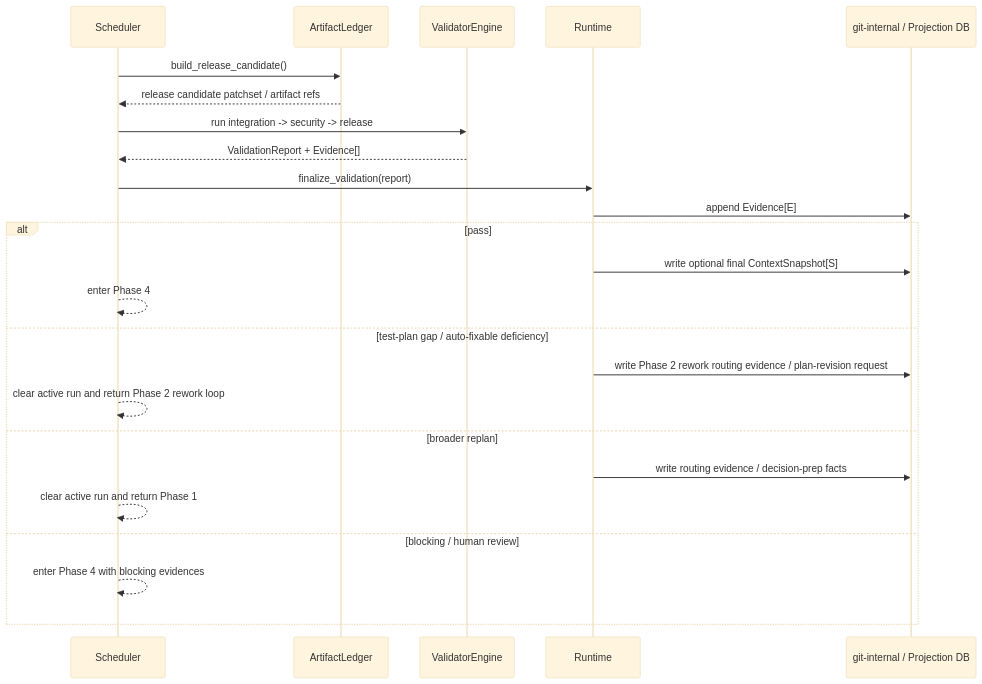
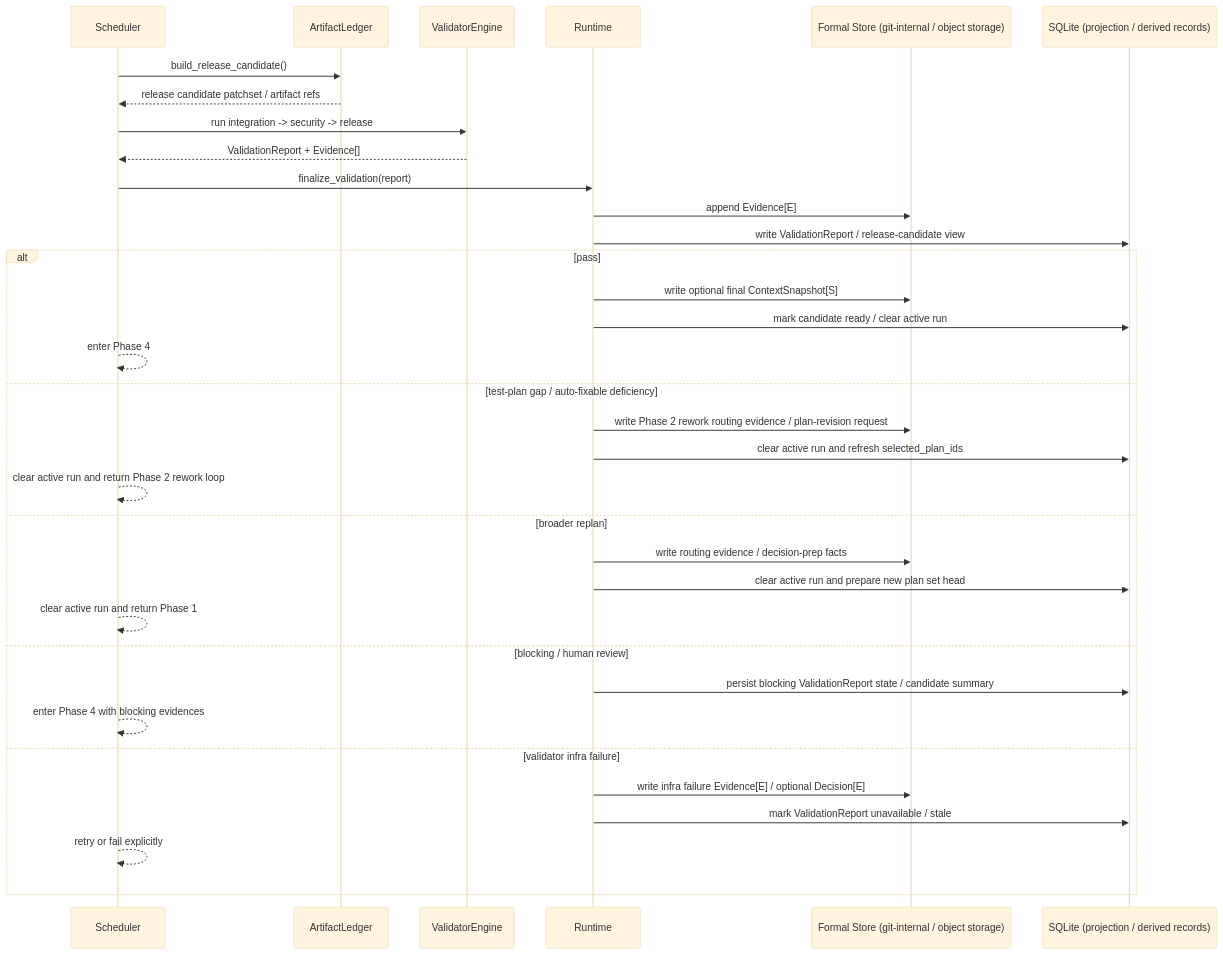
One commit to web3infra-foundation/libra changed the tenth of 13 diagrams in docs/improvement/code.md. Above: the diagram before and after it, drawn with Mermaid (base theme). The commit also changed other lines of this file and 4 other files, not shown here.

````diff
--- a/docs/improvement/code.md
+++ b/docs/improvement/code.md
@@ -591,28 +1112,38 @@
 ```mermaid
 sequenceDiagram
     participant S as Scheduler
     participant A as ArtifactLedger
     participant V as ValidatorEngine
     participant R as Runtime
-    participant O as git-internal / Projection DB
+    participant F as Formal Store (git-internal / object storage)
+    participant Q as SQLite (projection / derived records)
 
     S->>A: build_release_candidate()
     A-->>S: release candidate patchset / artifact refs
     S->>V: run integration -> security -> release
     V-->>S: ValidationReport + Evidence[]
     S->>R: finalize_validation(report)
-    R->>O: append Evidence[E]
+    R->>F: append Evidence[E]
+    R->>Q: write ValidationReport / release-candidate view
 
     alt pass
-        R->>O: write optional final ContextSnapshot[S]
+        R->>F: write optional final ContextSnapshot[S]
+        R->>Q: mark candidate ready / clear active run
         S-->>S: enter Phase 4
     else test-plan gap / auto-fixable deficiency
-        R->>O: write Phase 2 rework routing evidence / plan-revision request
+        R->>F: write Phase 2 rework routing evidence / plan-revision request
+        R->>Q: clear active run and refresh selected_plan_ids
         S-->>S: clear active run and return Phase 2 rework loop
     else broader replan
-        R->>O: write routing evidence / decision-prep facts
+        R->>F: write routing evidence / decision-prep facts
+        R->>Q: clear active run and prepare new plan set head
         S-->>S: clear active run and return Phase 1
     else blocking / human review
+        R->>Q: persist blocking ValidationReport state / candidate summary
         S-->>S: enter Phase 4 with blocking evidences
+    else validator infra failure
+        R->>F: write infra failure Evidence[E] / optional Decision[E]
+        R->>Q: mark ValidationReport unavailable / stale
+        S-->>S: retry or fail explicitly
     end
 ```
````
